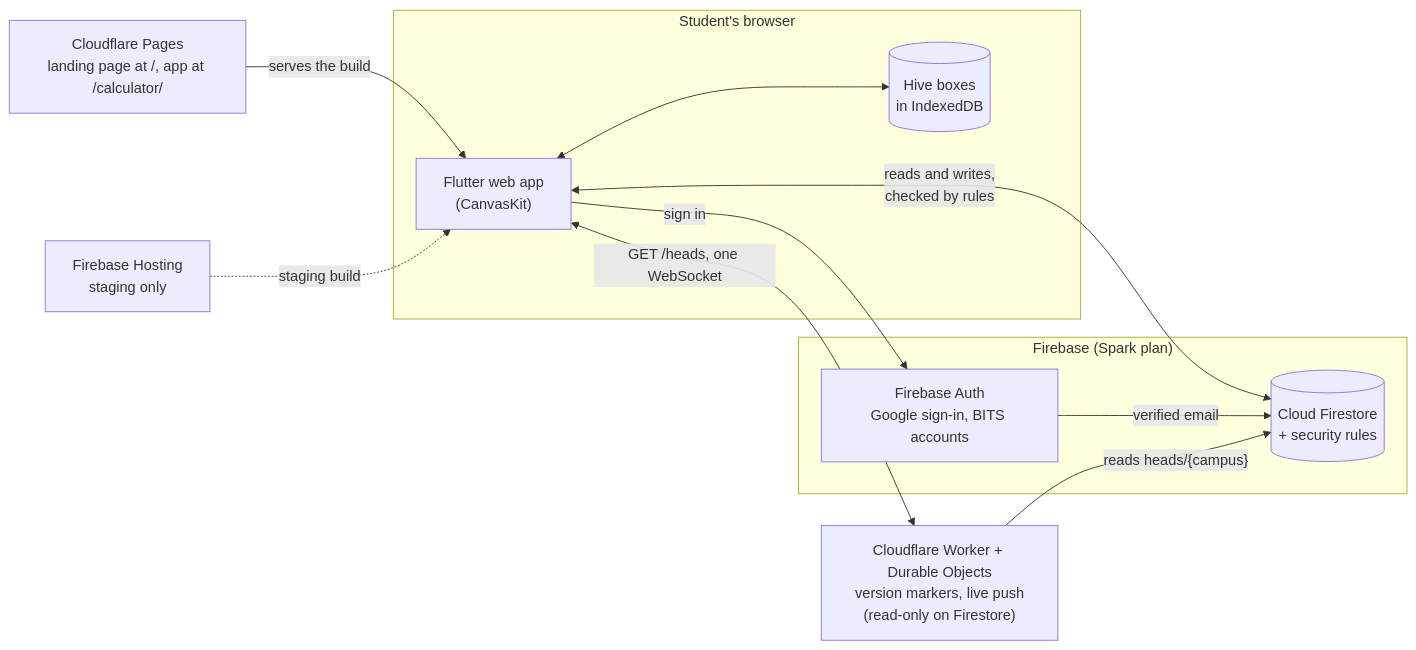
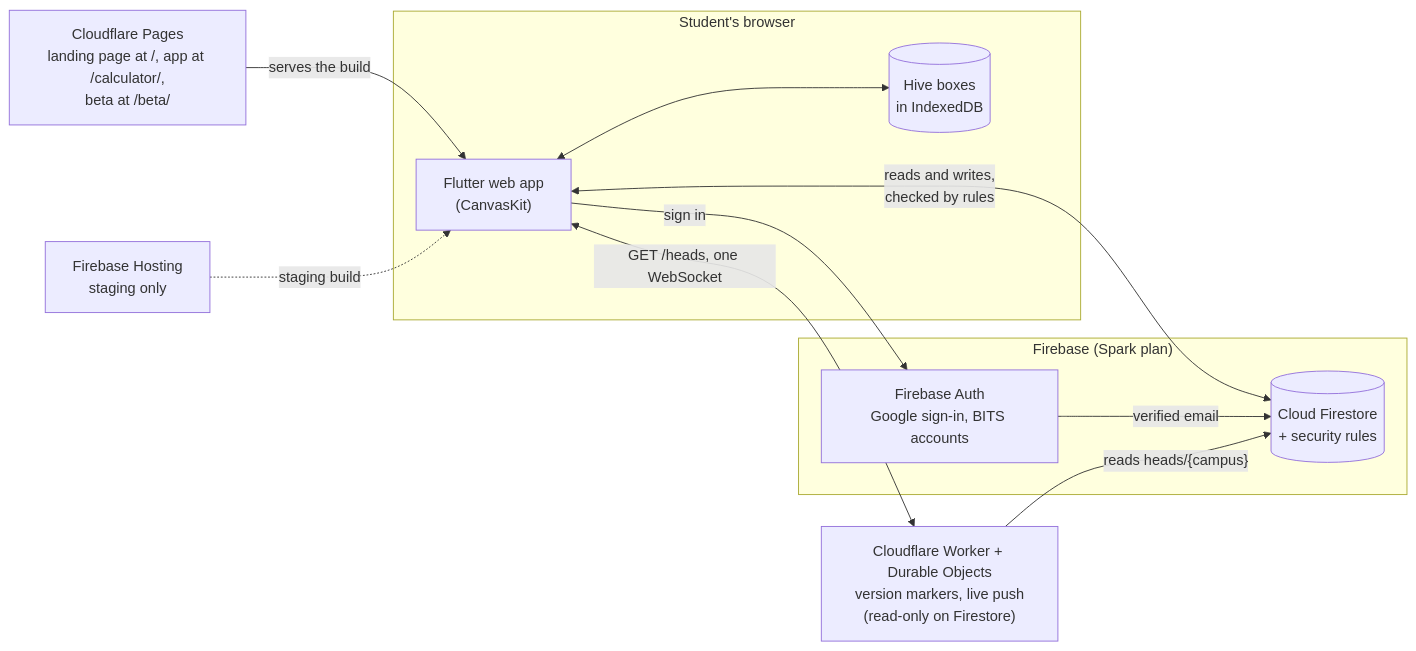
Before and after one commit to e-iotapi/CGPA_Calculator: the first of 12 diagrams in docs/ARCHITECTURE.md, drawn with Mermaid. The commit also changed other lines of this file and 1345 other files, not shown here.

````diff
--- a/docs/ARCHITECTURE.md
+++ b/docs/ARCHITECTURE.md
@@ -28,25 +31,25 @@
 ```mermaid
 flowchart LR
   subgraph Browser["Student's browser"]
     App["Flutter web app<br/>(CanvasKit)"]
     Hive[("Hive boxes<br/>in IndexedDB")]
     App <--> Hive
   end
 
   subgraph Firebase["Firebase (Spark plan)"]
     Auth["Firebase Auth<br/>Google sign-in, BITS accounts"]
     FS[("Cloud Firestore<br/>+ security rules")]
   end
 
-  CF["Cloudflare Pages<br/>landing page at /, app at /calculator/"]
+  CF["Cloudflare Pages<br/>landing page at /, app at /calculator/,<br/>beta at /beta/"]
   FH["Firebase Hosting<br/>staging only"]
   W["Cloudflare Worker + Durable Objects<br/>version markers, live push<br/>(read-only on Firestore)"]
 
   CF -- "serves the build" --> App
   FH -. "staging build" .-> App
   App -- "sign in" --> Auth
   App <-- "reads and writes,<br/>checked by rules" --> FS
   Auth -- "verified email" --> FS
   App <-- "GET /heads, one WebSocket" --> W
   W -- "reads heads/{campus}" --> FS
 ```
````
